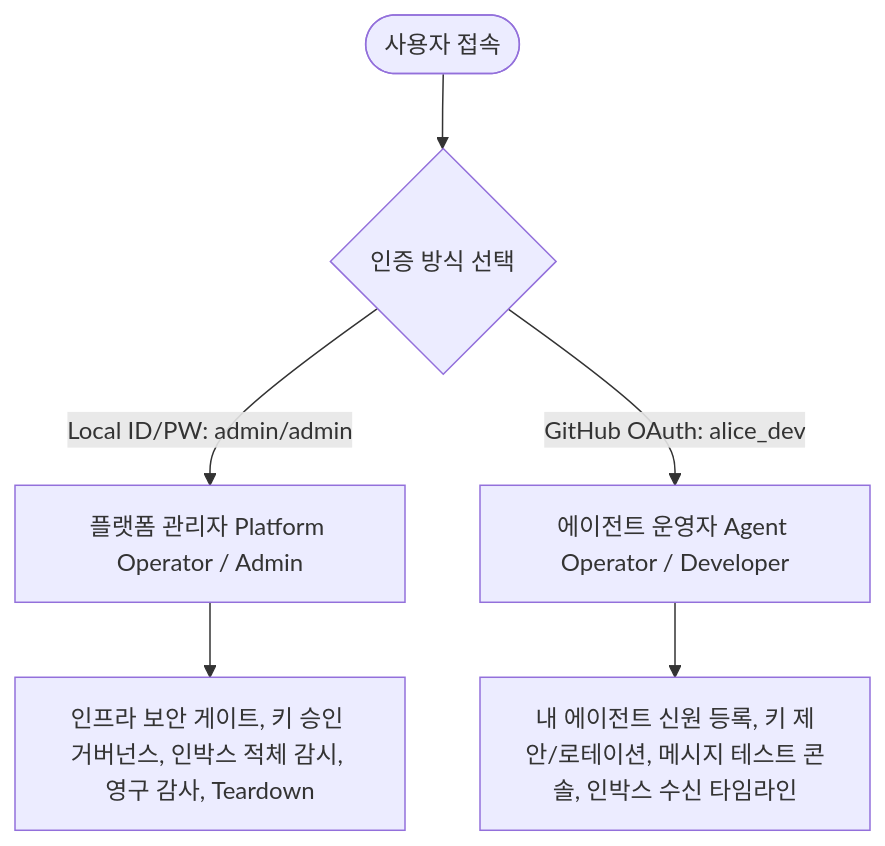
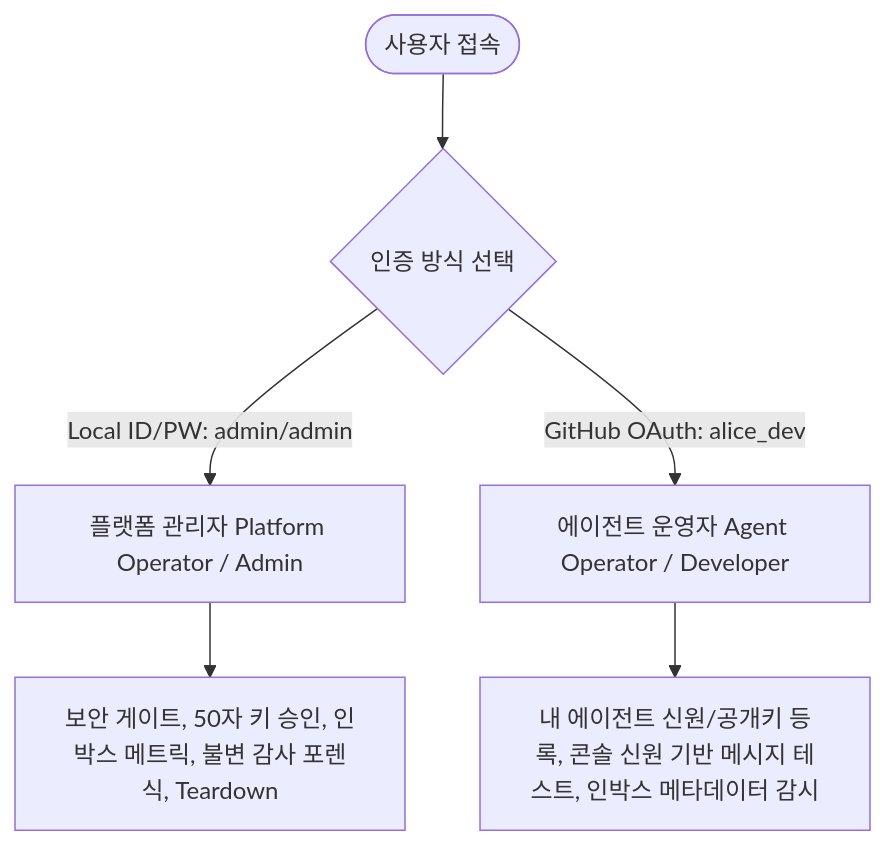
One commit to sir-mirr/agent-mesh-platform changed the first of 6 diagrams in docs/operator-functional-spec.md. Above: the diagram before and after it, drawn with Mermaid. The commit also changed other lines of this file, not shown here.

````diff
--- a/docs/operator-functional-spec.md
+++ b/docs/operator-functional-spec.md
@@ -13,9 +13,9 @@
 ```mermaid
 graph TD
     User([사용자 접속]) --> Login{인증 방식 선택}
     Login -->|Local ID/PW: admin/admin| AdmRole[플랫폼 관리자 Platform Operator / Admin]
     Login -->|GitHub OAuth: alice_dev| OprRole[에이전트 운영자 Agent Operator / Developer]
 
-    AdmRole --> AdmScope[인프라 보안 게이트, 키 승인 거버넌스, 인박스 적체 감시, 영구 감사, Teardown]
-    OprRole --> OprScope[내 에이전트 신원 등록, 키 제안/로테이션, 메시지 테스트 콘솔, 인박스 수신 타임라인]
+    AdmRole --> AdmScope[보안 게이트, 50자 키 승인, 인박스 메트릭, 불변 감사 포렌식, Teardown]
+    OprRole --> OprScope[내 에이전트 신원/공개키 등록, 콘솔 신원 기반 메시지 테스트, 인박스 메타데이터 감시]
 ```
````
